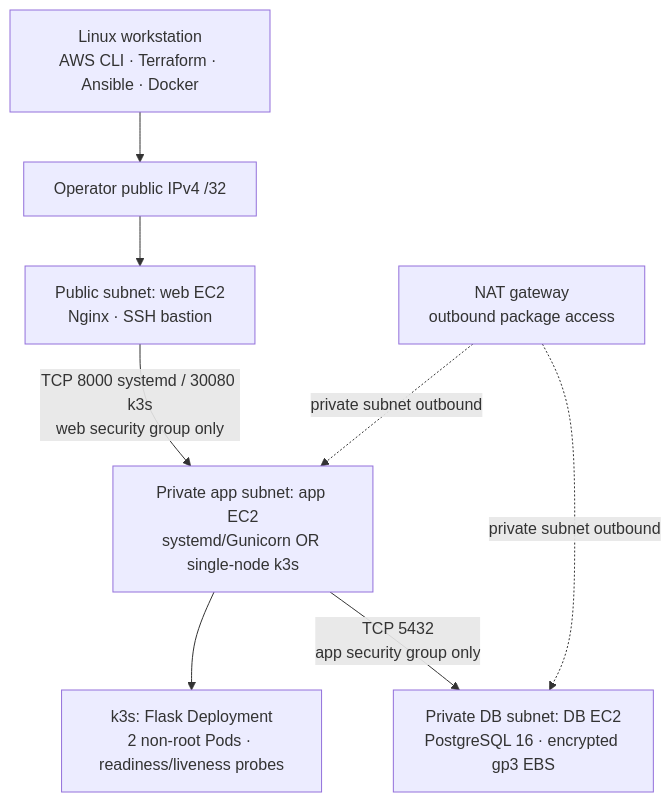
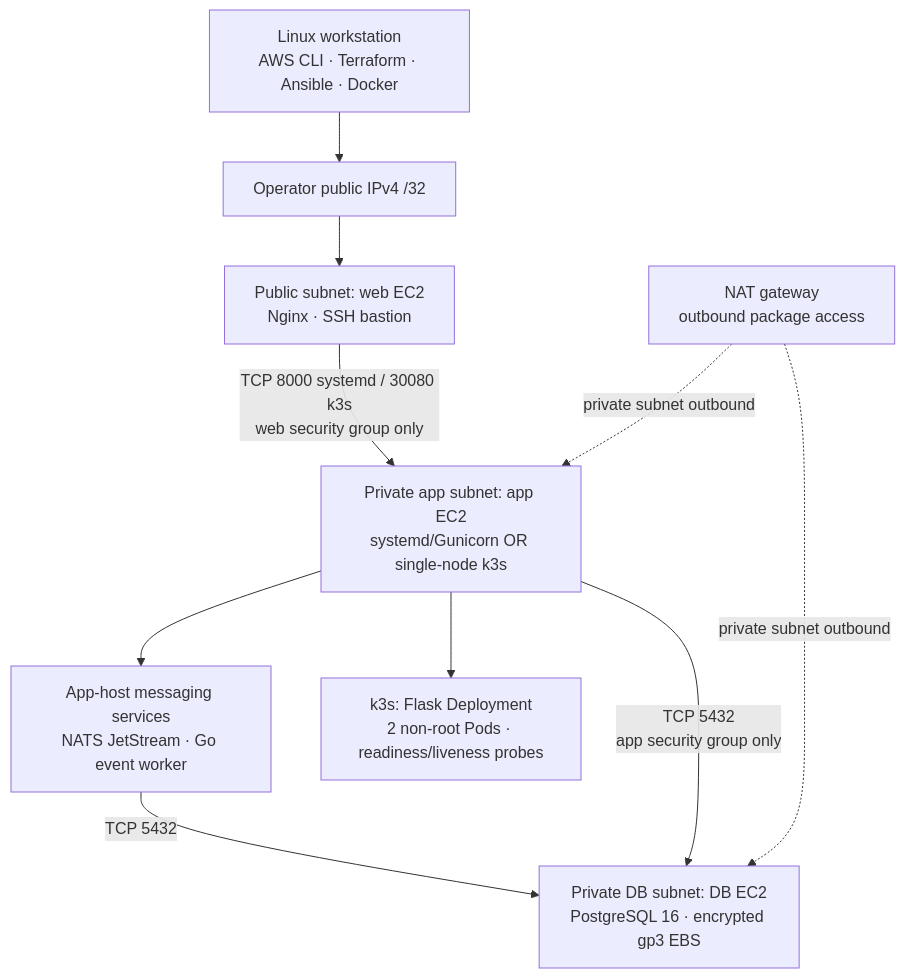
Before and after one commit to BrentDean/cloud-infrastructure-automation: the diagram in README.md, drawn with Mermaid. The commit also changed other lines of this file and 23 other files, not shown here.

Commit message:
Add Ansible-managed messaging services

````diff
--- a/README.md
+++ b/README.md
@@ -83,16 +83,19 @@
 ```mermaid
 flowchart TD
   Operator["Linux workstation<br/>AWS CLI · Terraform · Ansible · Docker"]
   Internet["Operator public IPv4 /32"]
   Web["Public subnet: web EC2<br/>Nginx · SSH bastion"]
   App["Private app subnet: app EC2<br/>systemd/Gunicorn OR single-node k3s"]
+  Messaging["App-host messaging services<br/>NATS JetStream · Go event worker"]
   Pods["k3s: Flask Deployment<br/>2 non-root Pods · readiness/liveness probes"]
   Database["Private DB subnet: DB EC2<br/>PostgreSQL 16 · encrypted gp3 EBS"]
   NAT["NAT gateway<br/>outbound package access"]
   Operator --> Internet --> Web
   Web -->|"TCP 8000 systemd / 30080 k3s<br/>web security group only"| App
+  App --> Messaging
   App --> Pods
+  Messaging -->|"TCP 5432"| Database
   App -->|"TCP 5432<br/>app security group only"| Database
   NAT -. "private subnet outbound" .-> App
   NAT -. "private subnet outbound" .-> Database
 ```
````
